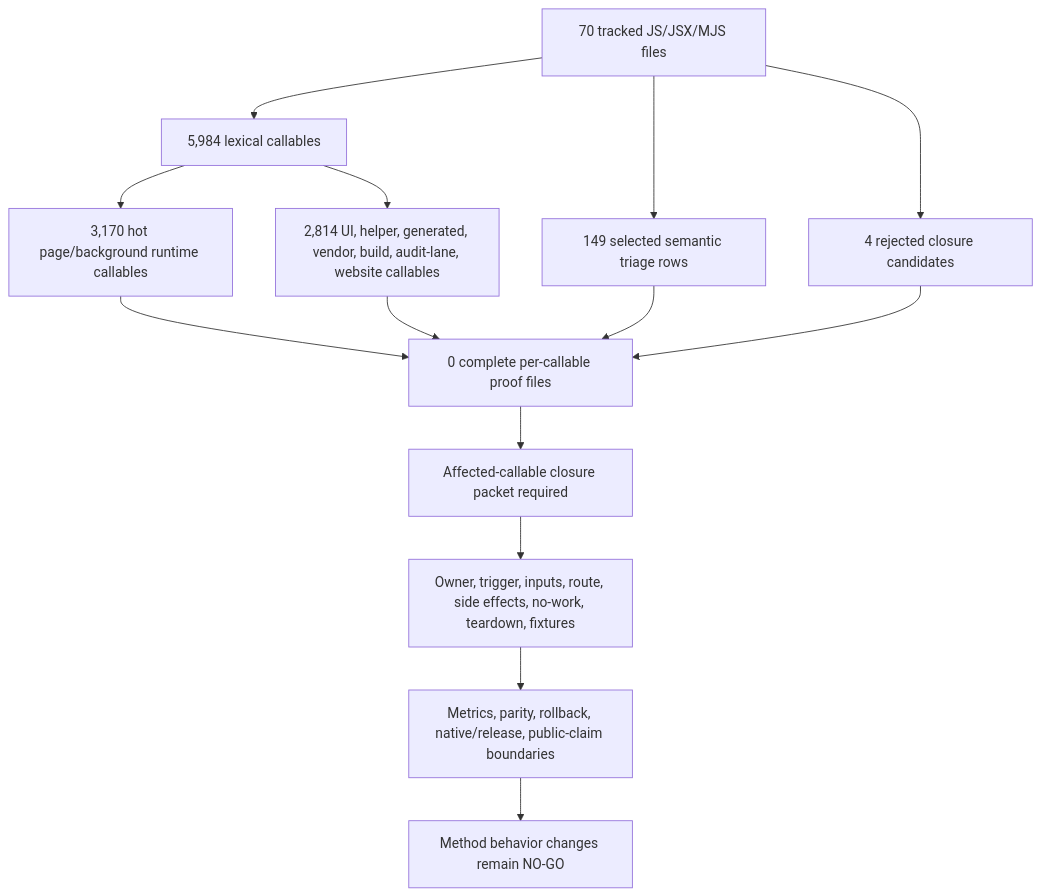
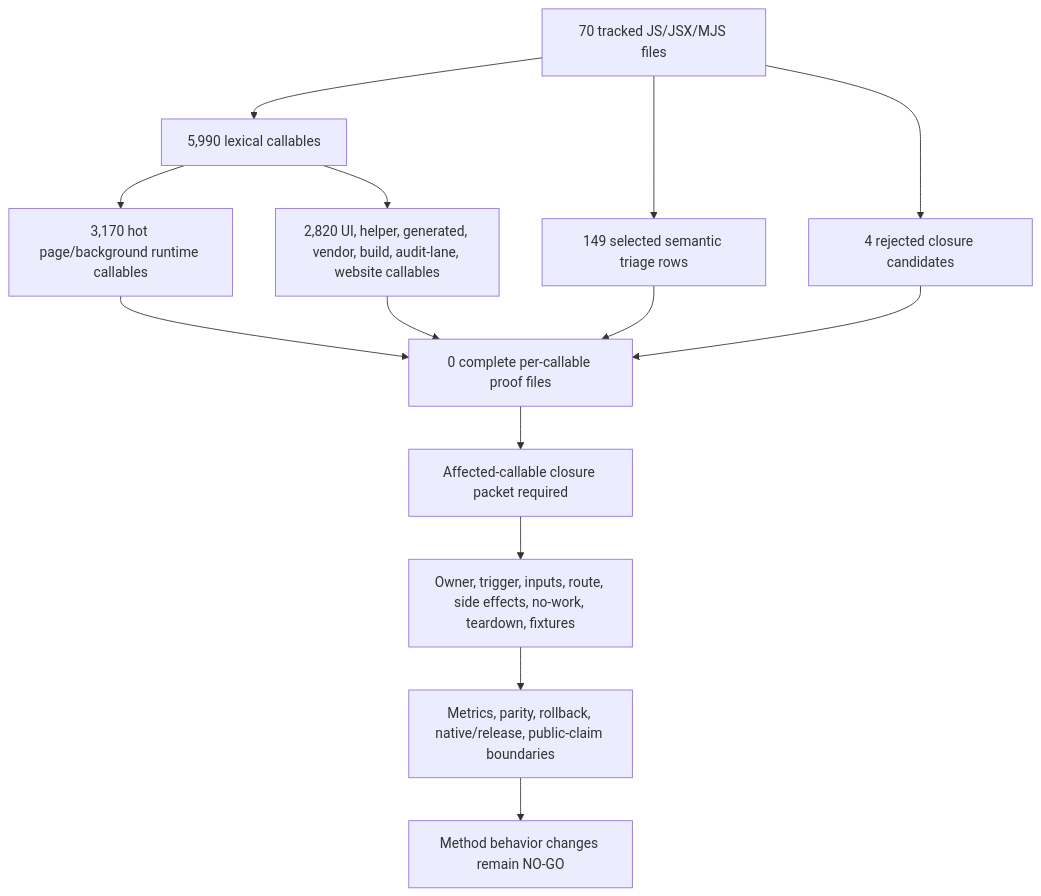
One commit to varshneydevansh/FilterTube changed the first of 2 diagrams in docs/audit/FILTERTUBE_METHOD_SEMANTIC_PROOF_GAP_INDEX_CURRENT_BEHAVIOR_2026-05-25.md. Above: the diagram before and after it, drawn with Mermaid. The commit also changed other lines of this file and 45 other files, not shown here.

````diff
--- a/docs/audit/FILTERTUBE_METHOD_SEMANTIC_PROOF_GAP_INDEX_CURRENT_BEHAVIOR_2026-05-25.md
+++ b/docs/audit/FILTERTUBE_METHOD_SEMANTIC_PROOF_GAP_INDEX_CURRENT_BEHAVIOR_2026-05-25.md
@@ -147,16 +147,16 @@
 ```mermaid
 flowchart TD
-  A["70 tracked JS/JSX/MJS files"] --> B["5,984 lexical callables"]
+  A["70 tracked JS/JSX/MJS files"] --> B["5,990 lexical callables"]
   B --> C["3,170 hot page/background runtime callables"]
-  B --> D["2,814 UI, helper, generated, vendor, build, audit-lane, website callables"]
+  B --> D["2,820 UI, helper, generated, vendor, build, audit-lane, website callables"]
   A --> E["149 selected semantic triage rows"]
   A --> F["4 rejected closure candidates"]
   C --> G["0 complete per-callable proof files"]
   D --> G
   E --> G
   F --> G
   G --> H["Affected-callable closure packet required"]
   H --> I["Owner, trigger, inputs, route, side effects, no-work, teardown, fixtures"]
   I --> J["Metrics, parity, rollback, native/release, public-claim boundaries"]
   J --> K["Method behavior changes remain NO-GO"]
 ```
````
